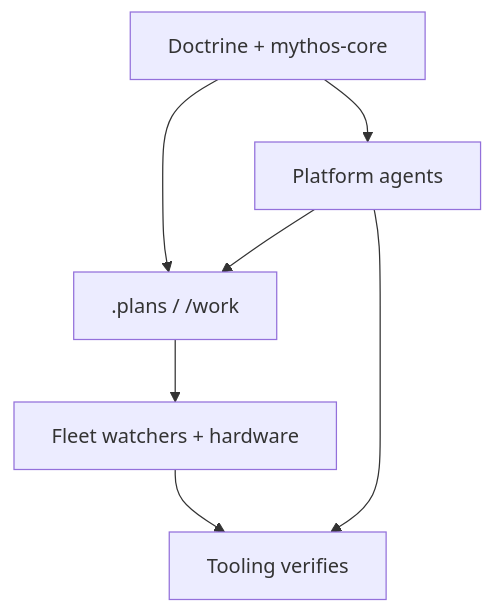
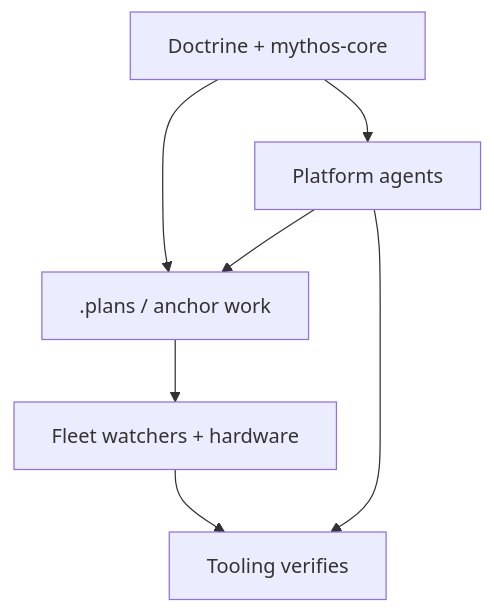
Before and after one commit to carefreeinv/anchor: the first of 3 diagrams in docs/docs/intro.md, drawn with Mermaid. The commit also changed other lines of this file and 9 other files, not shown here.

````diff
--- a/docs/docs/intro.md
+++ b/docs/docs/intro.md
@@ -12,15 +12,15 @@
 ```mermaid
 flowchart TB
   doctrine["Doctrine + mythos-core"]
-  plans[".plans / /work"]
+  plans[".plans / anchor work"]
   fleet["Fleet watchers + hardware"]
   platforms["Platform agents"]
   verify["Tooling verifies"]
 
   doctrine --> platforms
   doctrine --> plans
   plans --> fleet
   platforms --> plans
   fleet --> verify
   platforms --> verify
 ```
````
